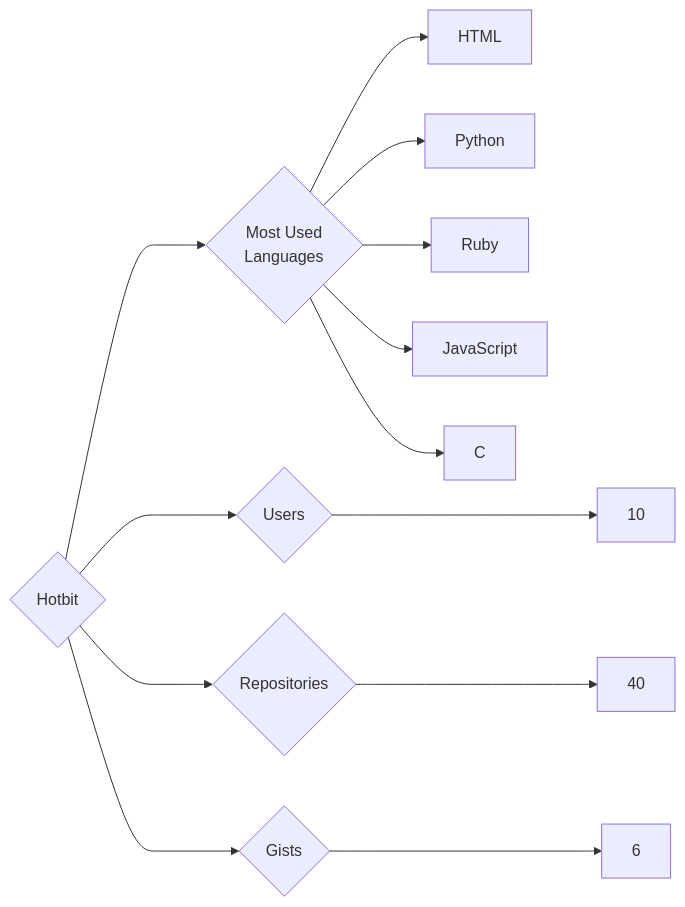
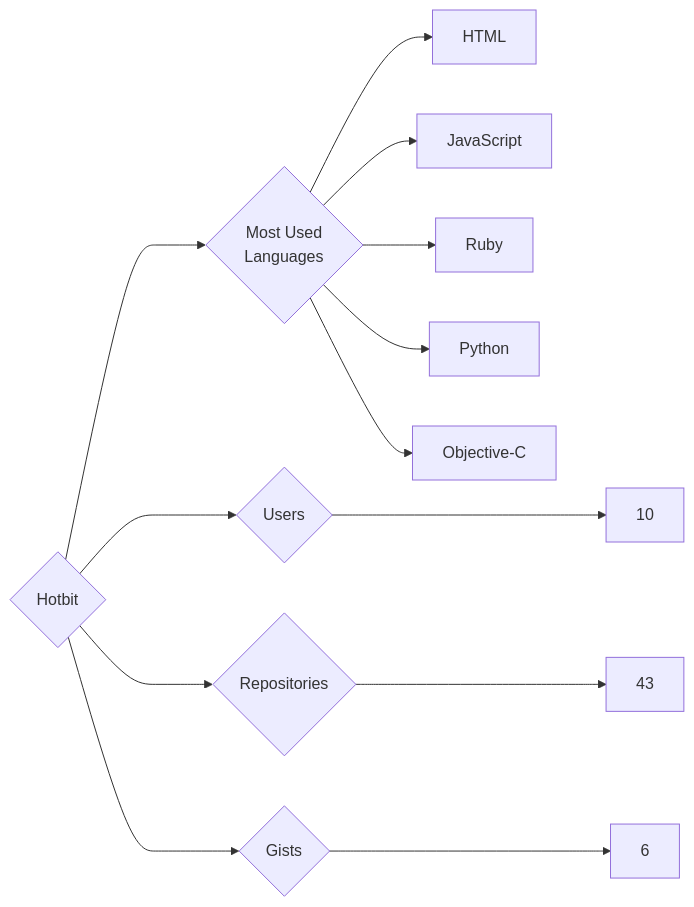
Before and after one commit to trickest/insiders: the diagram in targets/Hotbit/README.md, drawn with Mermaid. The commit also changed 1023 other files, not shown here.

````diff
--- a/targets/Hotbit/README.md
+++ b/targets/Hotbit/README.md
@@ -3,13 +3,13 @@
 ```mermaid
 graph LR
 COMPANY_NAME{Hotbit}
 COMPANY_NAME ---> U{Users} ---> UN[10]
-COMPANY_NAME ---> R{Repositories} ---> RN[40]
+COMPANY_NAME ---> R{Repositories} ---> RN[43]
 COMPANY_NAME ---> G{Gists} ---> GN[6]
 COMPANY_NAME ---> ML{Most Used<br>Languages}
 ML --> HTML[HTML]
+ML --> JavaScript[JavaScript]
+ML --> Ruby[Ruby]
 ML --> Python[Python]
-ML --> Ruby[Ruby]
-ML --> JavaScript[JavaScript]
-ML --> C[C]
+ML --> Objective-C[Objective-C]
 ```
````
